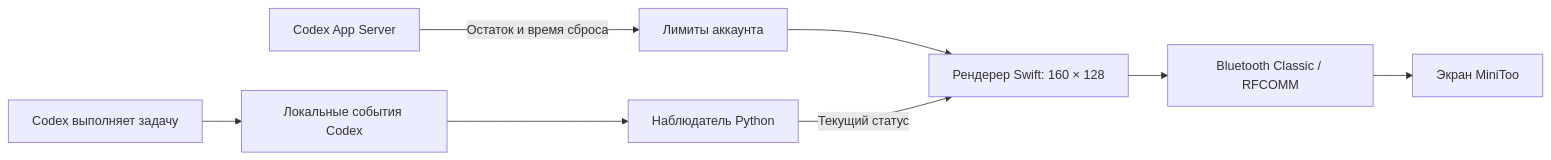
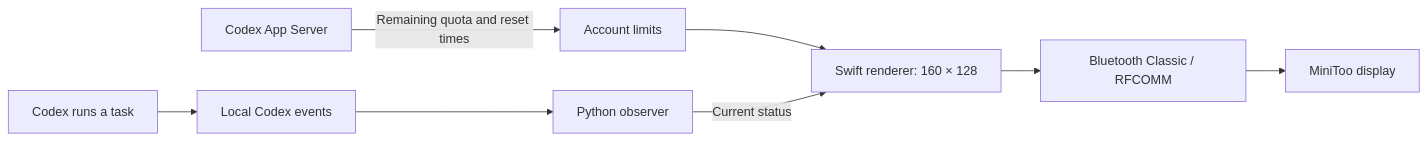
The first of 2 diagrams in README.md (giperfast/codex-minitoo), drawn with Mermaid before and after one commit. The commit also changed other lines of this file and 3 other files, not shown here.

````diff
--- a/README.md
+++ b/README.md
@@ -87,10 +89,10 @@
 ```mermaid
 flowchart LR
-    C[Codex выполняет задачу] --> J[Локальные события Codex]
-    J --> W[Наблюдатель Python]
-    A[Codex App Server] -->|Остаток и время сброса| L[Лимиты аккаунта]
-    L --> R[Рендерер Swift: 160 × 128]
-    W -->|Текущий статус| R
+    C[Codex runs a task] --> J[Local Codex events]
+    J --> W[Python observer]
+    A[Codex App Server] -->|Remaining quota and reset times| L[Account limits]
+    L --> R[Swift renderer: 160 × 128]
+    W -->|Current status| R
     R --> B[Bluetooth Classic / RFCOMM]
-    B --> D[Экран MiniToo]
+    B --> D[MiniToo display]
 ```
````
